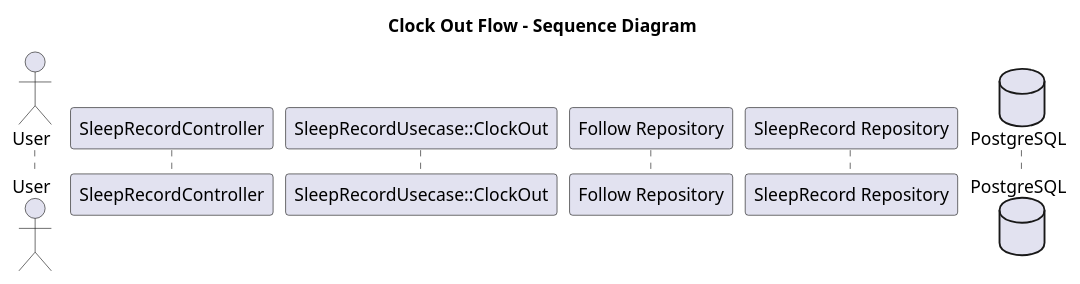
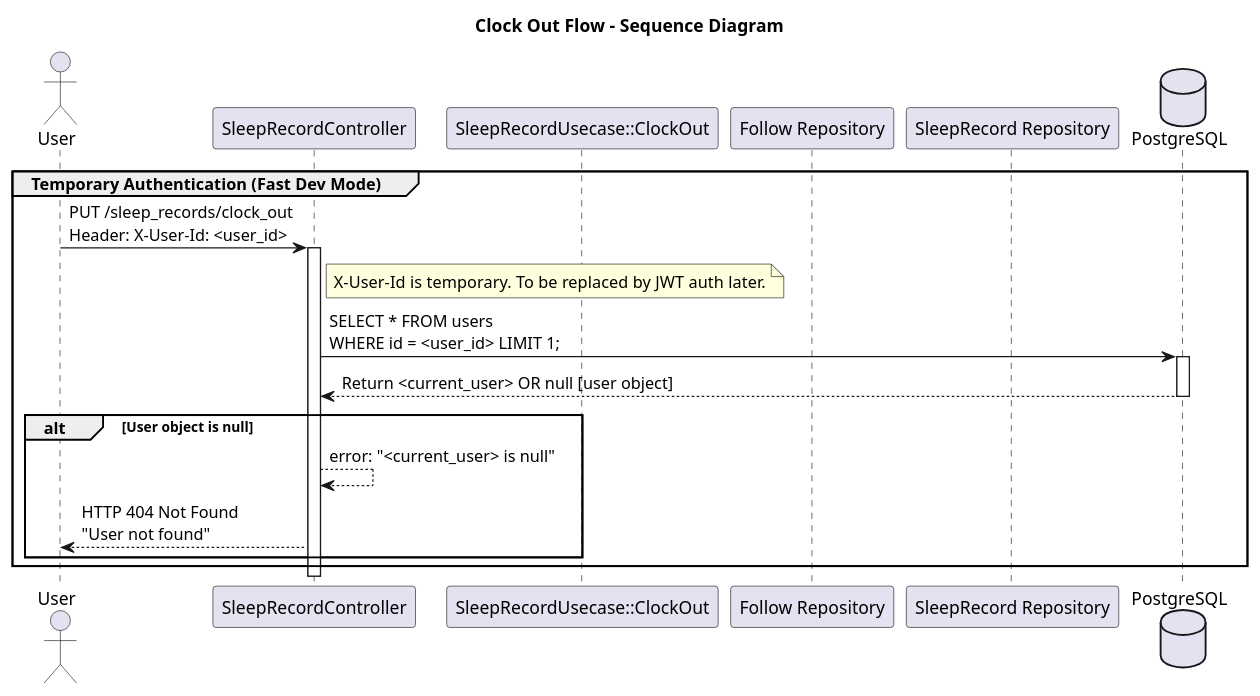
Before and after one commit to wisnuaga/good-night: the diagram in docs/diagram/ClockOutFlow.plantuml, drawn with PlantUML.

Commit message:
clock-out: add auth flow

```diff
--- a/docs/diagram/ClockOutFlow.plantuml
+++ b/docs/diagram/ClockOutFlow.plantuml
@@ -1,12 +1,32 @@
 @startuml ClockOutFlow
 title Clock Out Flow - Sequence Diagram
 
 ' Define actors and components
 actor User
 participant "SleepRecordController" as Controller
 participant "SleepRecordUsecase::ClockOut" as Usecase
 participant "Follow Repository" as FollowRepository
 participant "SleepRecord Repository" as SleepRecordRepository
 database "PostgreSQL" as DB
 
+' Temporary auth via X-User-Id header (for fast development, to be replaced later)
+group Temporary Authentication (Fast Dev Mode)
+    User -> Controller: PUT /sleep_records/clock_out\nHeader: X-User-Id: <user_id>
+    activate Controller
+
+    note right of Controller
+      X-User-Id is temporary. To be replaced by JWT auth later.
+    end note
+
+    Controller -> DB: SELECT * FROM users\nWHERE id = <user_id> LIMIT 1;
+    activate DB
+    DB --> Controller: Return <current_user> OR null [user object]
+    deactivate DB
+
+    alt User object is null
+        Controller --> Controller: error: "<current_user> is null"
+        Controller --> User: HTTP 404 Not Found\n"User not found"
+    end
+end group
+
 @enduml
```
